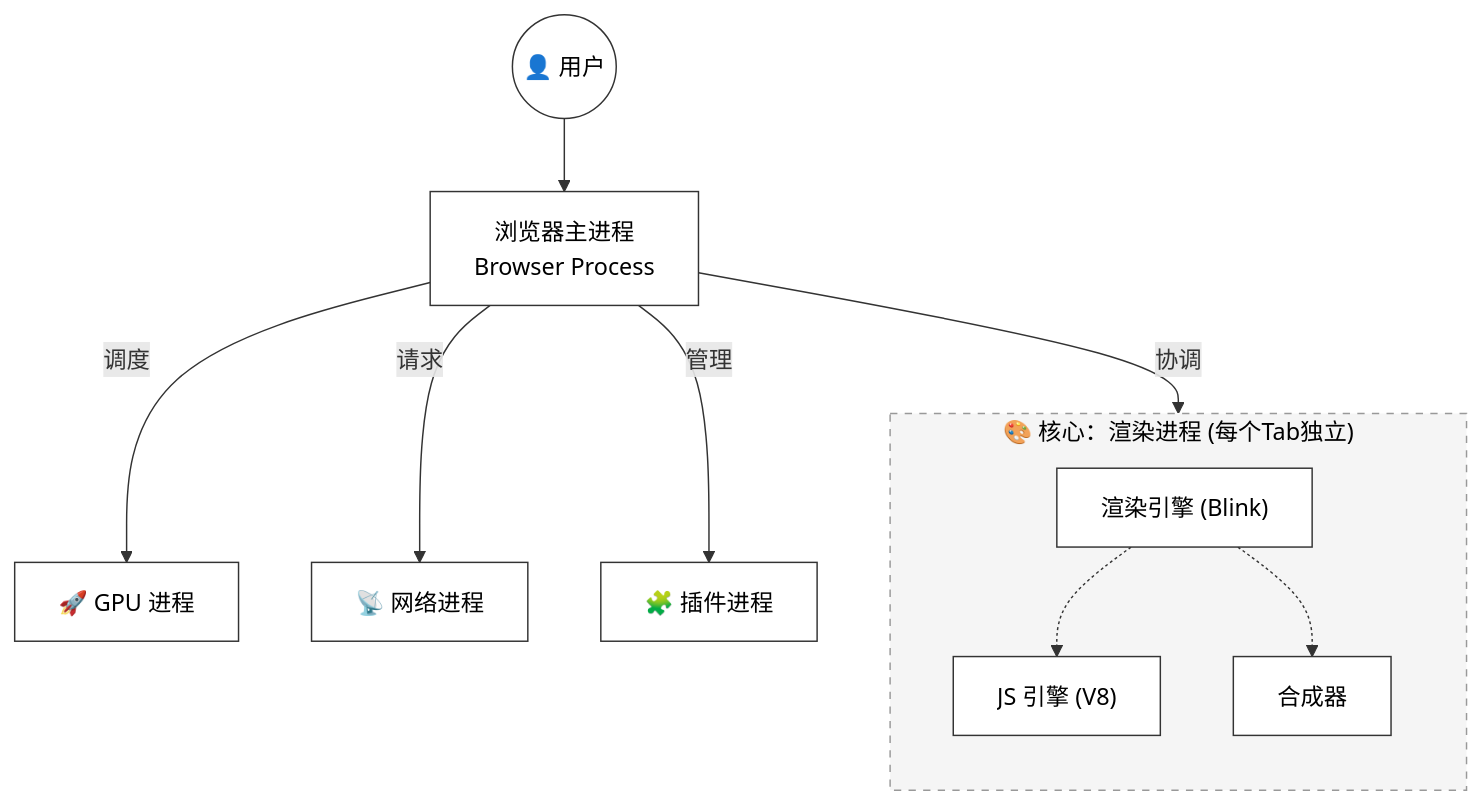
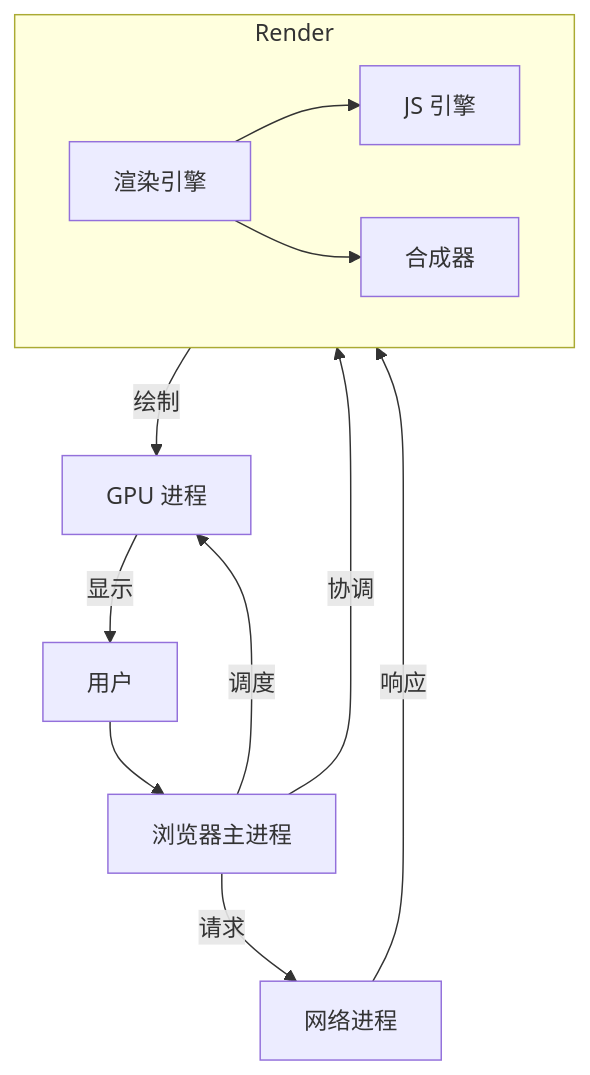
Before and after one commit to pedyc/dg.pedyc: the diagram in content/40-RESOURCES/浏览器.md, drawn with Mermaid. The commit also changed other lines of this file and 149 other files, not shown here.

`````diff
--- a/content/40-RESOURCES/浏览器.md
+++ b/content/40-RESOURCES/浏览器.md
@@ -28,41 +36,16 @@
 ```mermaid
 graph TD
-    %% --- 样式定义 (解决看不清问题) ---
-    classDef commonNode fill:#fff,stroke:#333,stroke-width:1px,color:#000;
-    classDef subGraphStyle fill:#f5f5f5,stroke:#999,stroke-dasharray: 5 5,color:#000;
+    User["用户"] --> Browser["浏览器主进程"]
+    Browser -->|协调| Render["渲染进程"]
+    Browser -->|调度| GPU["GPU 进程"]
+    Browser -->|请求| Network["网络进程"]
 
-    %% --- 节点定义 ---
-    User(("👤 用户")):::commonNode
-    Browser["浏览器主进程<br>Browser Process"]:::commonNode
-    
-    GPU["🚀 GPU 进程"]:::commonNode
-    Network["📡 网络进程"]:::commonNode
-    Plugin["🧩 插件进程"]:::commonNode
-
-    %% --- 核心修复点 ---
-    %% 1. 给 subgraph 的标题加上双引号
-    %% 2. 内部节点也加上双引号和样式
-    subgraph Renderer ["🎨 核心：渲染进程 (每个Tab独立)"]
-        direction TB
-        Blink["渲染引擎 (Blink)"]:::commonNode
-        V8["JS 引擎 (V8)"]:::commonNode
-        Compositor["合成器"]:::commonNode
+    subgraph Render
+        Blink["渲染引擎"] --> V8["JS 引擎"]
+        Blink --> Compositor["合成器"]
     end
 
-    %% --- 连接关系 ---
-    User --> Browser
-    
-    %% 注意：Mermaid 流程图不能直接连线到 subgraph，通常是连线到子图内的某个节点
-    %% 或者我们在逻辑上让 Browser 指向子图内的主要组件
-    Browser -->|协调| Blink
-    Browser -->|调度| GPU
-    Browser -->|请求| Network
-    Browser -->|管理| Plugin
-
-    %% 内部关系示意
-    Blink -.-> V8
-    Blink -.-> Compositor
-
-    %% --- 应用子图样式 ---
-    class Renderer subGraphStyle;
-````
+    Network -->|响应| Render
+    Render -->|绘制| GPU
+    GPU -->|显示| User
+```
`````
